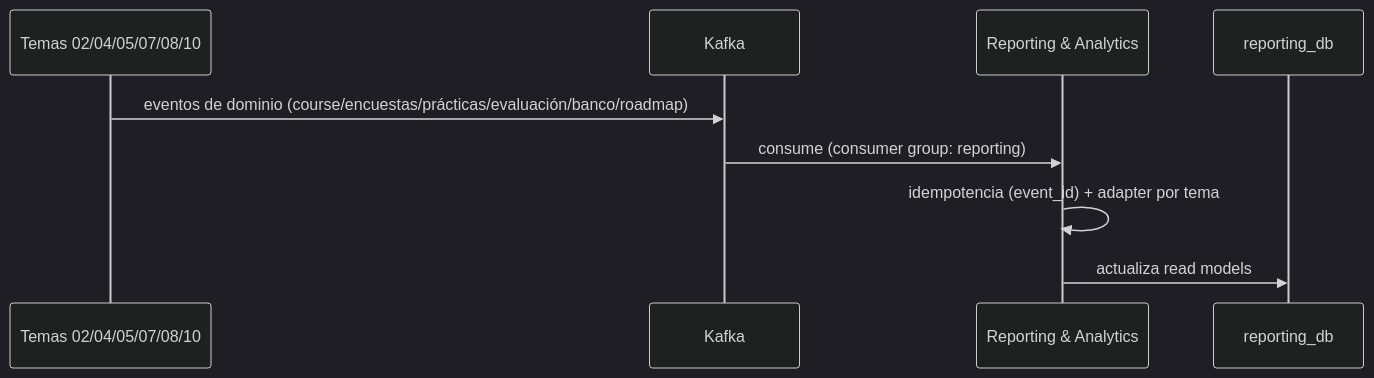
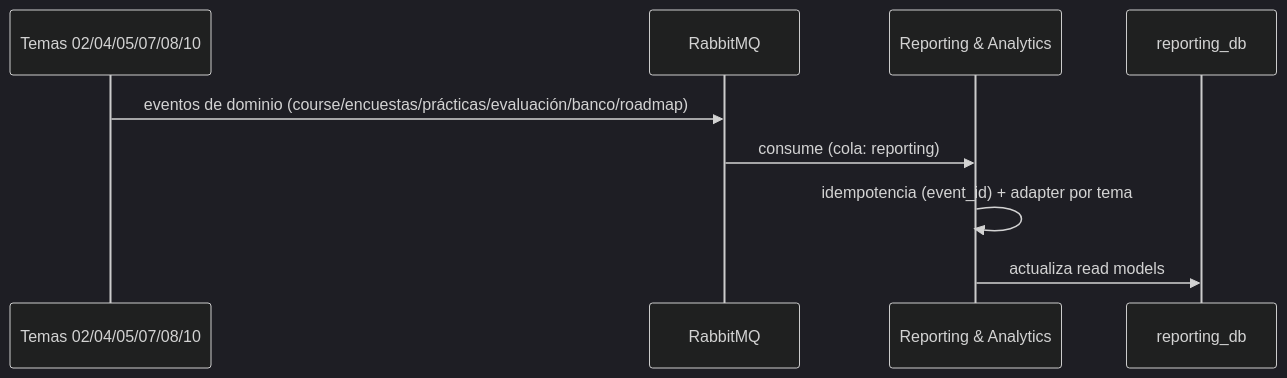
Before and after one commit to 2W2-114324-Carballo-Juarez-Mateo/backoffice-docs: the diagram in docs/msii/tareas/contratos-lectura.md, drawn with Mermaid (dark theme). The commit also changed other lines of this file and 18 other files, not shown here.

````diff
--- a/docs/msii/tareas/contratos-lectura.md
+++ b/docs/msii/tareas/contratos-lectura.md
@@ -22,12 +22,12 @@
 ```mermaid
 sequenceDiagram
     participant T as Temas 02/04/05/07/08/10
-    participant K as Kafka
+    participant K as RabbitMQ
     participant RP as Reporting & Analytics
     participant DB as reporting_db
 
     T->>K: eventos de dominio (course/encuestas/prácticas/evaluación/banco/roadmap)
-    K->>RP: consume (consumer group: reporting)
+    K->>RP: consume (cola: reporting)
     RP->>RP: idempotencia (event_id) + adapter por tema
     RP->>DB: actualiza read models
 ```
````
